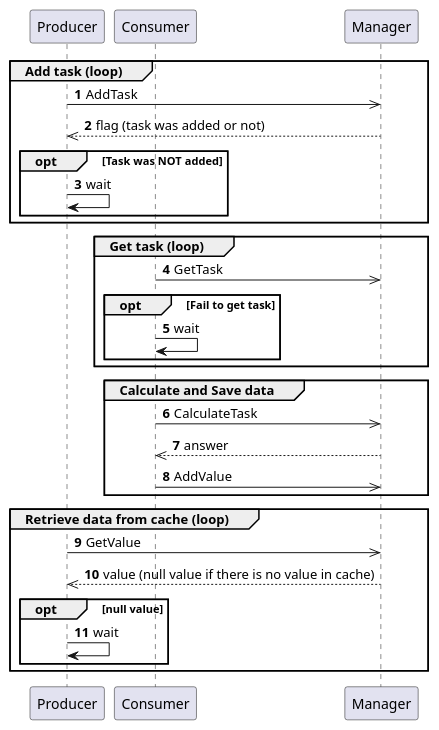
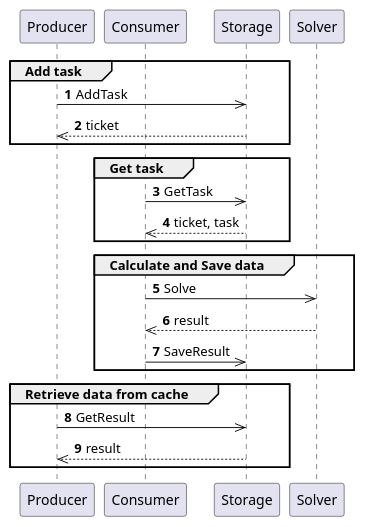
One commit to Slava1511/CPPropblem changed the diagram in docs/diagrams/src/uml_seq_diagram_process.puml. Above: the diagram before and after it, drawn with PlantUML. The commit also changed 14 other files, not shown here.

```diff
--- a/docs/diagrams/src/uml_seq_diagram_process.puml
+++ b/docs/diagrams/src/uml_seq_diagram_process.puml
@@ -1,37 +1,30 @@
 @startuml uml_seq_diagram_process
 autonumber
 
 participant Producer
 participant Consumer
-participant Manager
+participant Storage
+participant Solver
 
-Group Add task (loop)
-    Producer ->> Manager : AddTask
-    return flag (task was added or not)
-    Opt Task was NOT added
-        Producer -> Producer : wait
-    end
+Group Add task
+    Producer ->> Storage : AddTask
+    return ticket
 end
 
-Group Get task (loop)
-    Consumer ->> Manager : GetTask
-    Opt Fail to get task
-        Consumer -> Consumer : wait
-    end
+Group Get task
+    Consumer ->> Storage : GetTask
+    return ticket, task
 end
 
 Group Calculate and Save data
-    Consumer ->> Manager : CalculateTask
-    return answer
+    Consumer ->> Solver : Solve
+    return result
 
-    Consumer ->> Manager : AddValue
+    Consumer ->> Storage : SaveResult
 end
 
-Group Retrieve data from cache (loop)
-    Producer ->> Manager : GetValue
-    return value (null value if there is no value in cache)
-    Opt null value
-        Producer -> Producer : wait
-    end
+Group Retrieve data from cache
+    Producer ->> Storage : GetResult
+    return result
 end
 @enduml
```
